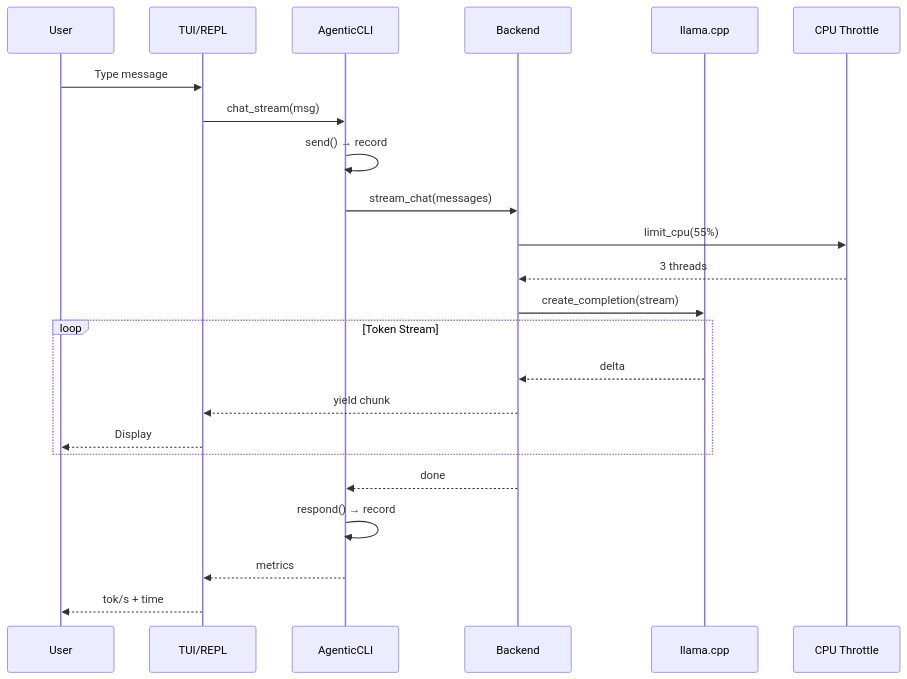
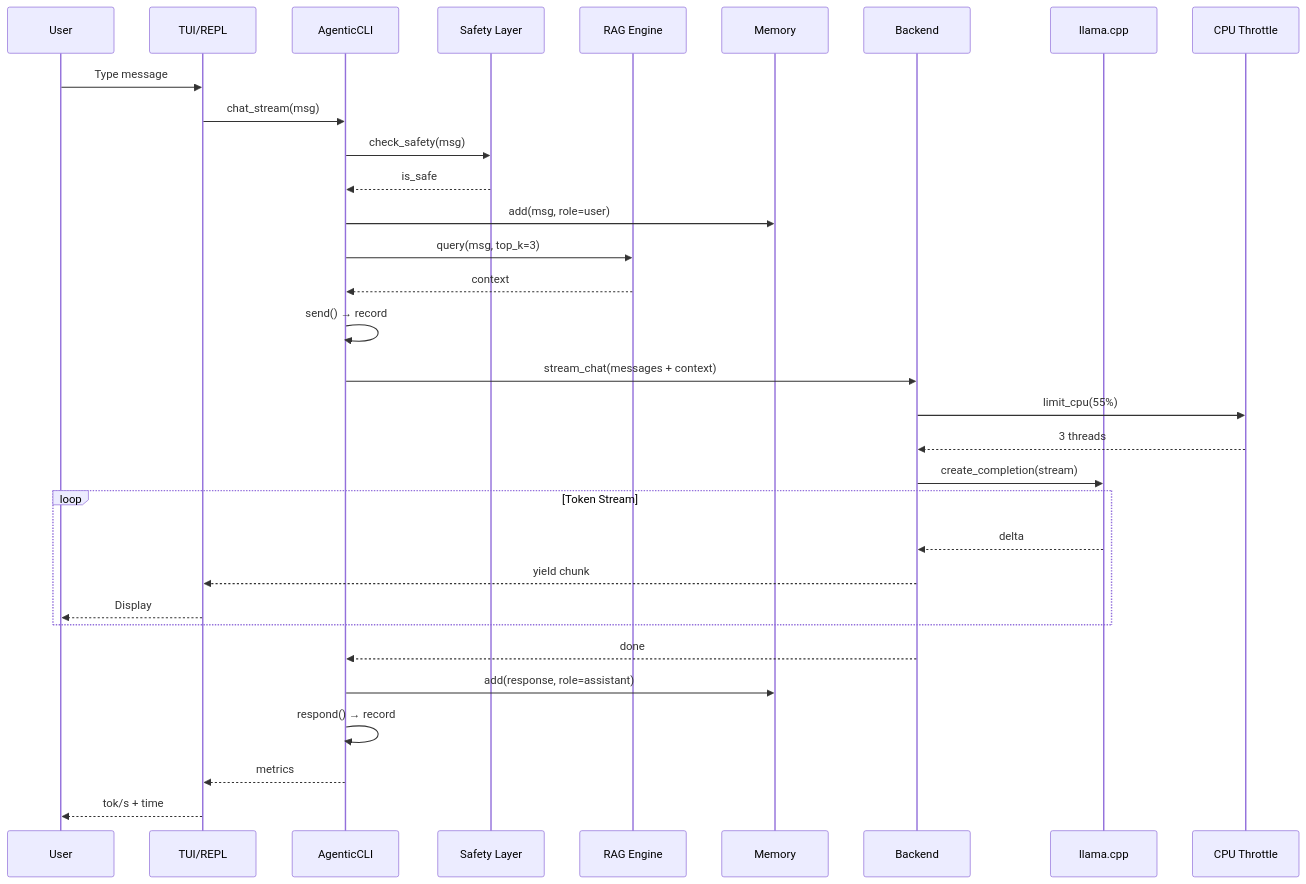
The second of 9 diagrams in README.md (rbkhan007/Photato-Phi-3-Custom-Model), drawn with Mermaid before and after one commit. The commit also changed other lines of this file, not shown here.

````diff
--- a/README.md
+++ b/README.md
@@ -96,26 +103,35 @@
 ```mermaid
 sequenceDiagram
     participant U as User
     participant TUI as TUI/REPL
     participant CLI as AgenticCLI
+    participant SAFETY as Safety Layer
+    participant RAG as RAG Engine
+    participant MEM as Memory
     participant BE as Backend
     participant LLM as llama.cpp
     participant CPU as CPU Throttle
 
     U->>TUI: Type message
     TUI->>CLI: chat_stream(msg)
+    CLI->>SAFETY: check_safety(msg)
+    SAFETY-->>CLI: is_safe
+    CLI->>MEM: add(msg, role=user)
+    CLI->>RAG: query(msg, top_k=3)
+    RAG-->>CLI: context
     CLI->>CLI: send() → record
-    CLI->>BE: stream_chat(messages)
+    CLI->>BE: stream_chat(messages + context)
     BE->>CPU: limit_cpu(55%)
     CPU-->>BE: 3 threads
     BE->>LLM: create_completion(stream)
     loop Token Stream
         LLM-->>BE: delta
         BE-->>TUI: yield chunk
         TUI-->>U: Display
     end
     BE-->>CLI: done
+    CLI->>MEM: add(response, role=assistant)
     CLI->>CLI: respond() → record
     CLI-->>TUI: metrics
     TUI-->>U: tok/s + time
 ```
````
